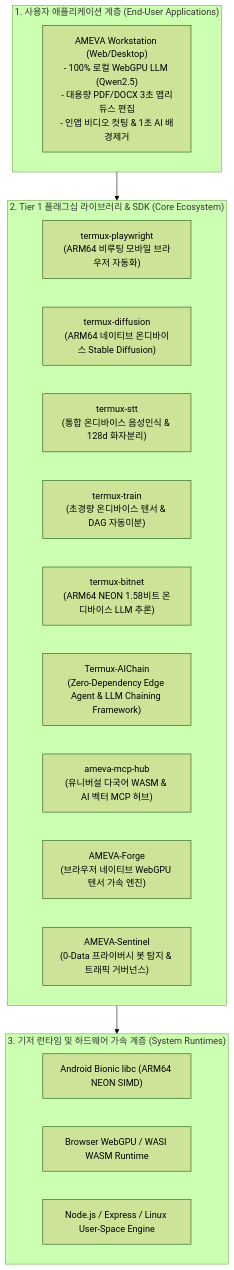
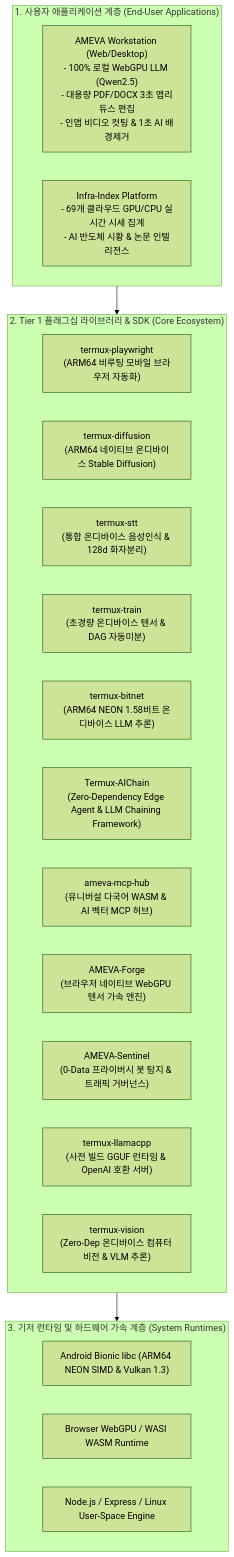
One commit to uno-km/uno-km changed the diagram in FOUNDATION.md. Above: the diagram before and after it, drawn with Mermaid (forest theme). The commit also changed other lines of this file and 73 other files, not shown here.

````diff
--- a/FOUNDATION.md
+++ b/FOUNDATION.md
@@ -80,27 +80,30 @@
 ```mermaid
 flowchart TD
     subgraph AppLayer ["1. 사용자 애플리케이션 계층 (End-User Applications)"]
         Workstation["AMEVA Workstation (Web/Desktop)<br/>- 100% 로컬 WebGPU LLM (Qwen2.5)<br/>- 대용량 PDF/DOCX 3초 맵리듀스 편집<br/>- 인앱 비디오 컷팅 & 1초 AI 배경제거"]
+        InfraIndex["Infra-Index Platform<br/>- 69개 클라우드 GPU/CPU 실시간 시세 집계<br/>- AI 반도체 시황 & 논문 인텔리전스"]
     end
 
     subgraph CoreLibs ["2. Tier 1 플래그십 라이브러리 & SDK (Core Ecosystem)"]
         Playwright["termux-playwright<br/>(ARM64 비루팅 모바일 브라우저 자동화)"]
         Diffusion["termux-diffusion<br/>(ARM64 네이티브 온디바이스 Stable Diffusion)"]
         STT["termux-stt<br/>(통합 온디바이스 음성인식 & 128d 화자분리)"]
         Train["termux-train<br/>(초경량 온디바이스 텐서 & DAG 자동미분)"]
         BitNet["termux-bitnet<br/>(ARM64 NEON 1.58비트 온디바이스 LLM 추론)"]
         AIChain["Termux-AIChain<br/>(Zero-Dependency Edge Agent & LLM Chaining Framework)"]
         MCPHub["ameva-mcp-hub<br/>(유니버설 다국어 WASM & AI 벡터 MCP 허브)"]
         Forge["AMEVA-Forge<br/>(브라우저 네이티브 WebGPU 텐서 가속 엔진)"]
         Sentinel["AMEVA-Sentinel<br/>(0-Data 프라이버시 봇 탐지 & 트래픽 거버넌스)"]
+        LlamaCpp["termux-llamacpp<br/>(사전 빌드 GGUF 런타임 & OpenAI 호환 서버)"]
+        Vision["termux-vision<br/>(Zero-Dep 온디바이스 컴퓨터 비전 & VLM 추론)"]
     end
 
     subgraph RuntimeLayer ["3. 기저 런타임 및 하드웨어 가속 계층 (System Runtimes)"]
-        AndroidBionic["Android Bionic libc (ARM64 NEON SIMD)"]
+        AndroidBionic["Android Bionic libc (ARM64 NEON SIMD & Vulkan 1.3)"]
         WebGPU_WASM["Browser WebGPU / WASI WASM Runtime"]
         NodeLinux["Node.js / Express / Linux User-Space Engine"]
     end
 
     AppLayer --> CoreLibs
     CoreLibs --> RuntimeLayer
 ```
````
